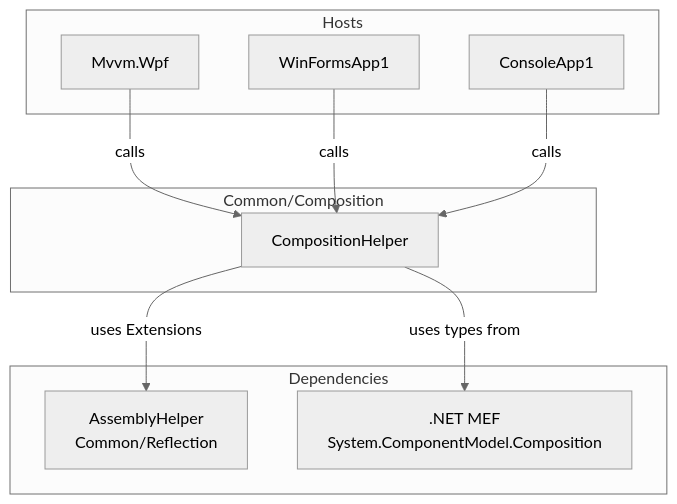
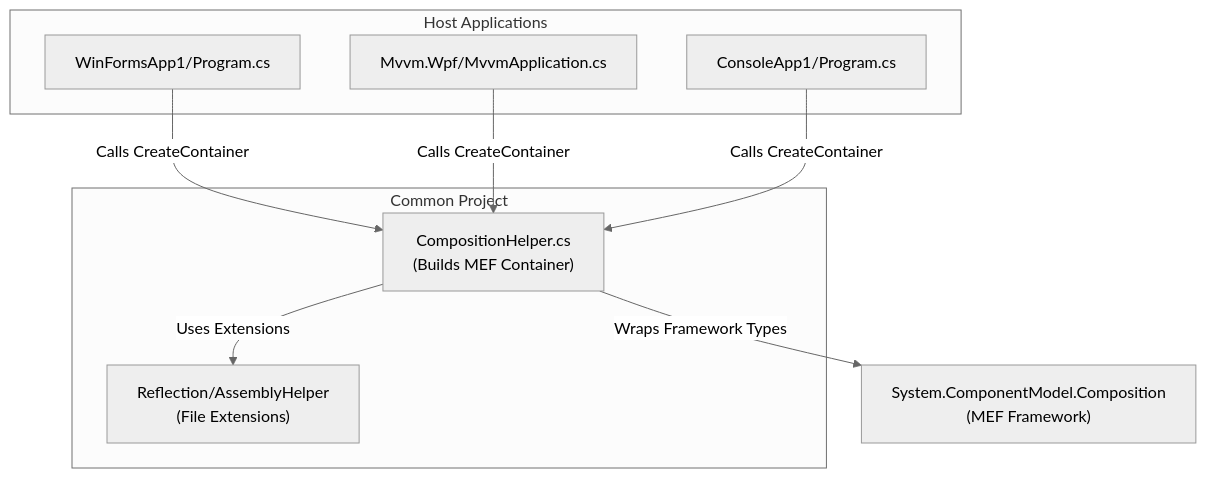
One commit to wetzlmaier-scch/mvvm changed the diagram in doc/Common/Composition.md. Above: the diagram before and after it, drawn with Mermaid (neutral theme). The commit also changed other lines of this file and 132 other files, not shown here.

````diff
--- a/doc/Common/Composition.md
+++ b/doc/Common/Composition.md
@@ -17,23 +19,22 @@
 ```mermaid
 flowchart TD
-    subgraph Hosts
-        WPF[Mvvm.Wpf]
-        WinForms[WinFormsApp1]
-        Console[ConsoleApp1]
+    subgraph "Common Project"
+        CH["CompositionHelper.cs<br/>(Builds MEF Container)"]
+        AH["Reflection/AssemblyHelper<br/>(File Extensions)"]
     end
-
-    subgraph Common/Composition
-        CH[CompositionHelper]
+    
+    subgraph "Host Applications"
+        WF["WinFormsApp1/Program.cs"]
+        WPF["Mvvm.Wpf/MvvmApplication.cs"]
+        CA["ConsoleApp1/Program.cs"]
     end
-
-    subgraph Dependencies
-        Ref[AssemblyHelper<br/>Common/Reflection]
-        MEF[.NET MEF<br/>System.ComponentModel.Composition]
-    end
-
-    WPF -->|calls| CH
-    WinForms -->|calls| CH
-    Console -->|calls| CH
-    CH -->|uses Extensions| Ref
-    CH -->|uses types from| MEF
+    
+    MEF["System.ComponentModel.Composition<br/>(MEF Framework)"]
+    
+    WF -->|Calls CreateContainer| CH
+    WPF -->|Calls CreateContainer| CH
+    CA -->|Calls CreateContainer| CH
+    
+    CH -->|Uses Extensions| AH
+    CH -->|Wraps Framework Types| MEF
 ```
````
